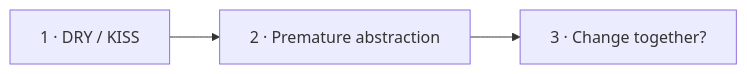
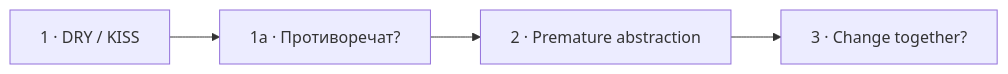
One commit to savinmikhail/php-backend-interview-video changed the diagram in episodes/841862-1payment/visual-plans/30-dry-vs-kiss.md. Above: the diagram before and after it, drawn with Mermaid. The commit also changed other lines of this file and 6 other files, not shown here.

````diff
--- a/episodes/841862-1payment/visual-plans/30-dry-vs-kiss.md
+++ b/episodes/841862-1payment/visual-plans/30-dry-vs-kiss.md
@@ -40,4 +42,4 @@
 ```mermaid
 flowchart LR
-  D["1 · DRY / KISS"] --> A["2 · Premature abstraction"] --> C["3 · Change together?"]
+  D["1 · DRY / KISS"] --> Q["1a · Противоречат?"] --> A["2 · Premature abstraction"] --> C["3 · Change together?"]
 ```
````
